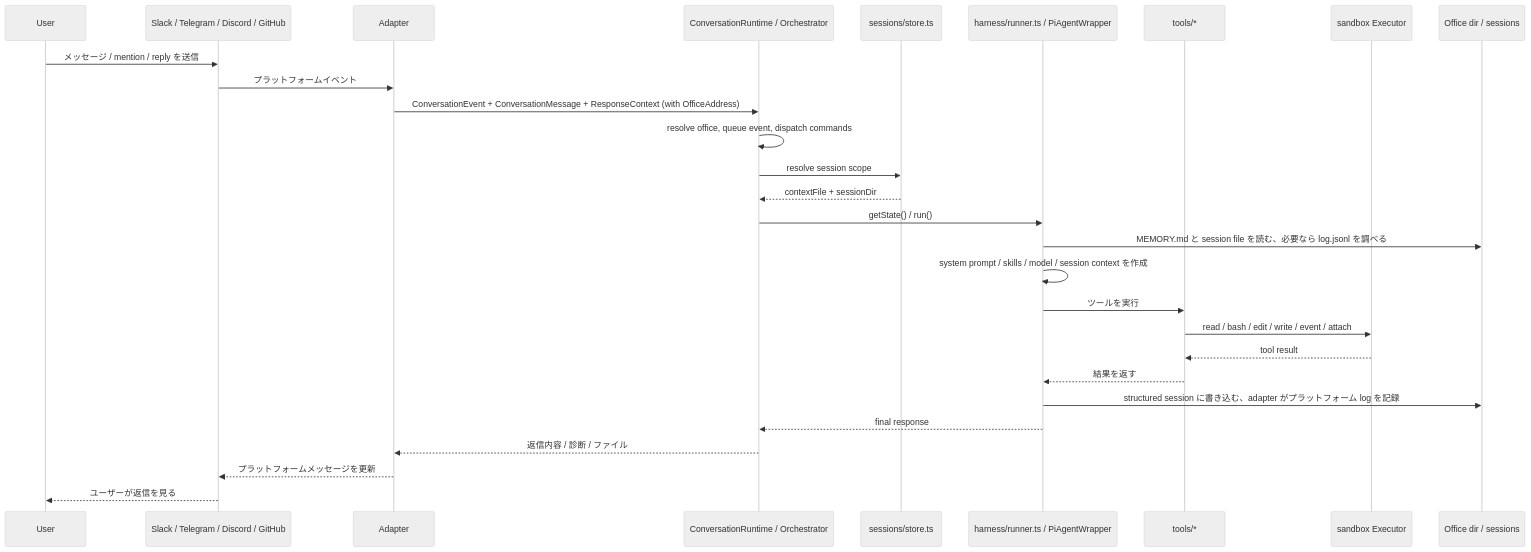
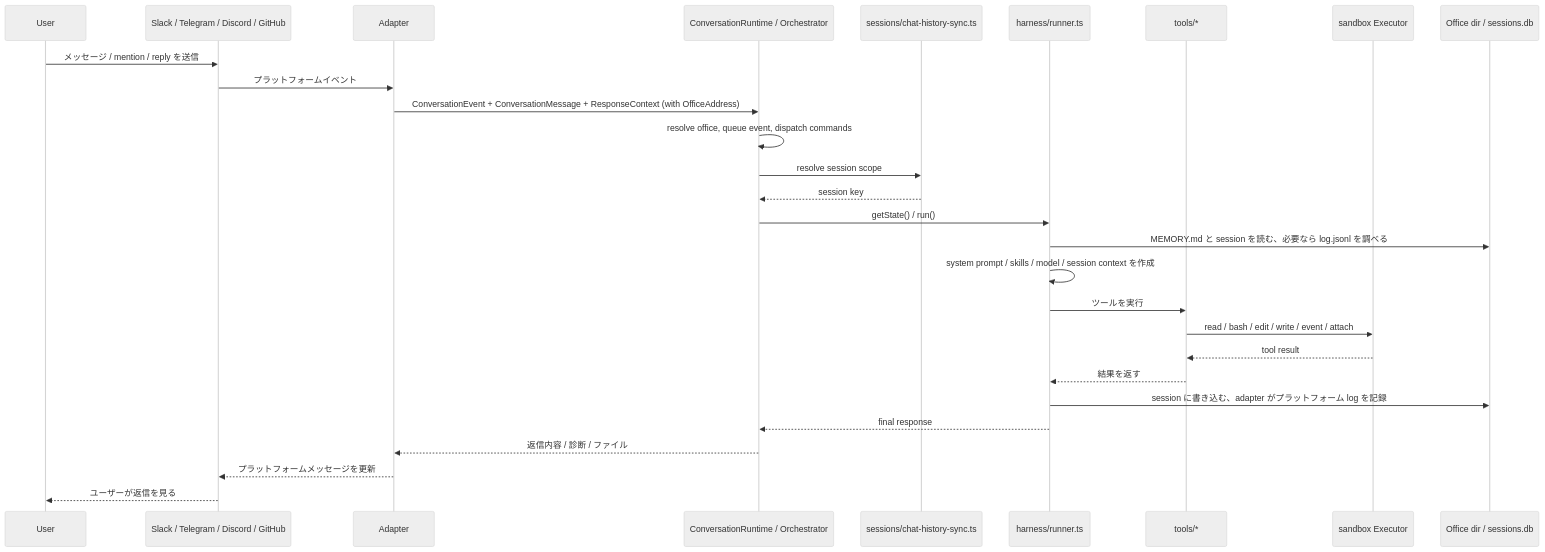
Before and after one commit to geminixiang/mikan: the first of 2 diagrams in src/content/docs/ja/architecture.md, drawn with Mermaid (neutral theme). The commit also changed other lines of this file and 11 other files, not shown here.

First line of the commit message:
docs: bring the zh-tw interface page and every architecture page up to date

````diff
--- a/src/content/docs/ja/architecture.md
+++ b/src/content/docs/ja/architecture.md
@@ -122,31 +122,31 @@
 ```mermaid
 sequenceDiagram
   participant U as User
   participant P as Slack / Telegram / Discord / GitHub
   participant A as Adapter
   participant M as ConversationRuntime / Orchestrator
-  participant S as sessions/store.ts
-  participant R as harness/runner.ts / PiAgentWrapper
+  participant S as sessions/chat-history-sync.ts
+  participant R as harness/runner.ts
   participant T as tools/*
   participant X as sandbox Executor
-  participant W as Office dir / sessions
+  participant W as Office dir / sessions.db
 
   U->>P: メッセージ / mention / reply を送信
   P->>A: プラットフォームイベント
   A->>M: ConversationEvent + ConversationMessage + ResponseContext (with OfficeAddress)
   M->>M: resolve office, queue event, dispatch commands
   M->>S: resolve session scope
-  S-->>M: contextFile + sessionDir
+  S-->>M: session key
   M->>R: getState() / run()
-  R->>W: MEMORY.md と session file を読む、必要なら log.jsonl を調べる
+  R->>W: MEMORY.md と session を読む、必要なら log.jsonl を調べる
   R->>R: system prompt / skills / model / session context を作成
   R->>T: ツールを実行
   T->>X: read / bash / edit / write / event / attach
   X-->>T: tool result
   T-->>R: 結果を返す
-  R->>W: structured session に書き込む、adapter がプラットフォーム log を記録
+  R->>W: session に書き込む、adapter がプラットフォーム log を記録
   R-->>M: final response
   M-->>A: 返信内容 / 診断 / ファイル
   A-->>P: プラットフォームメッセージを更新
   P-->>U: ユーザーが返信を見る
 ```
````
